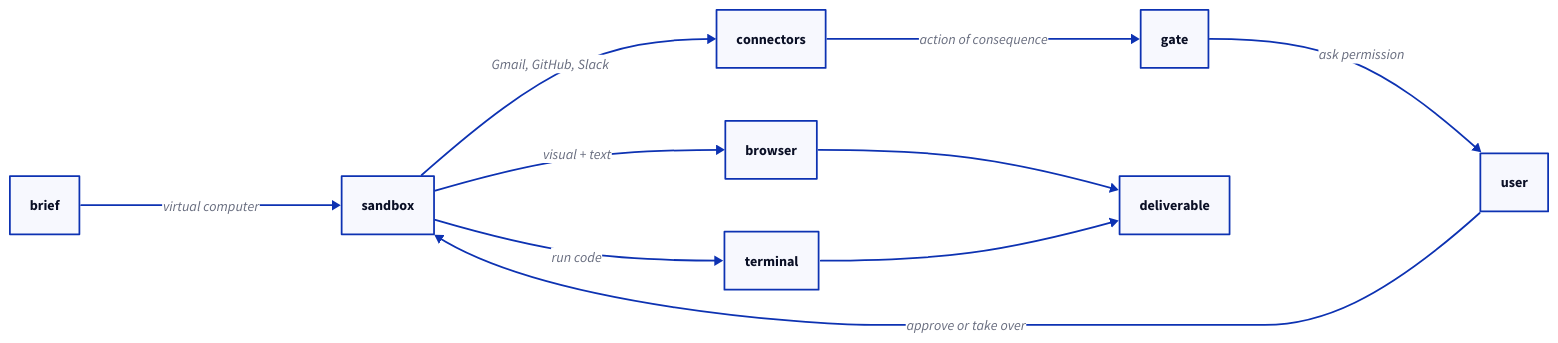
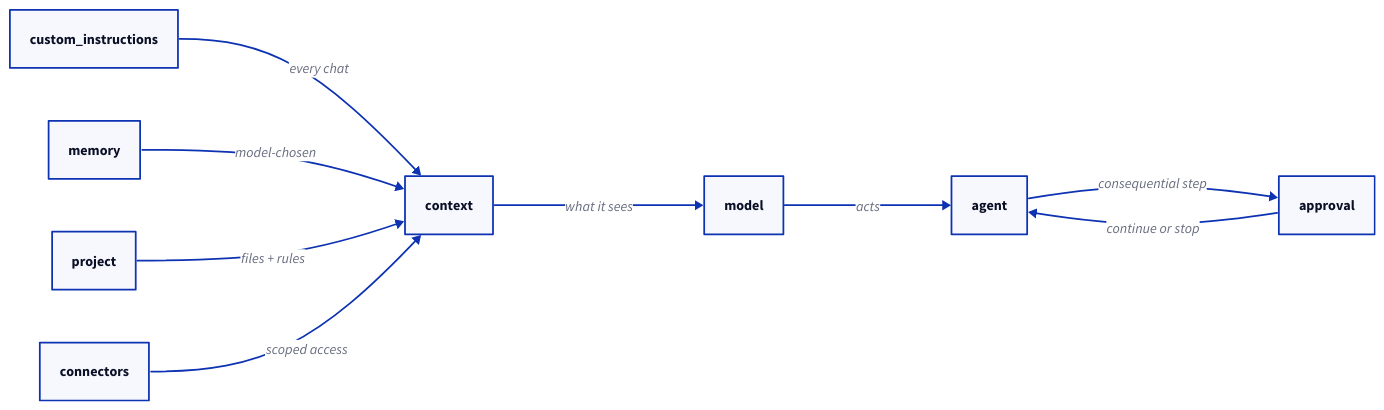
One commit to kobyal/ai-news-briefing changed the diagram in blog/public/posts/chatgpt-advanced/diagram.d2. Above: the diagram before and after it, drawn with D2. The commit also changed 336 other files, not shown here.

```diff
--- a/blog/public/posts/chatgpt-advanced/diagram.d2
+++ b/blog/public/posts/chatgpt-advanced/diagram.d2
@@ -1,10 +1,9 @@
 direction: right
-brief -> sandbox: virtual computer
-sandbox -> browser: visual + text
-sandbox -> terminal: run code
-sandbox -> connectors: Gmail, GitHub, Slack
-connectors -> gate: action of consequence
-gate -> user: ask permission
-user -> sandbox: approve or take over
-browser -> deliverable
-terminal -> deliverable
+custom_instructions -> context: every chat
+memory -> context: model-chosen
+project -> context: files + rules
+connectors -> context: scoped access
+context -> model: what it sees
+model -> agent: acts
+agent -> approval: consequential step
+approval -> agent: continue or stop
```
